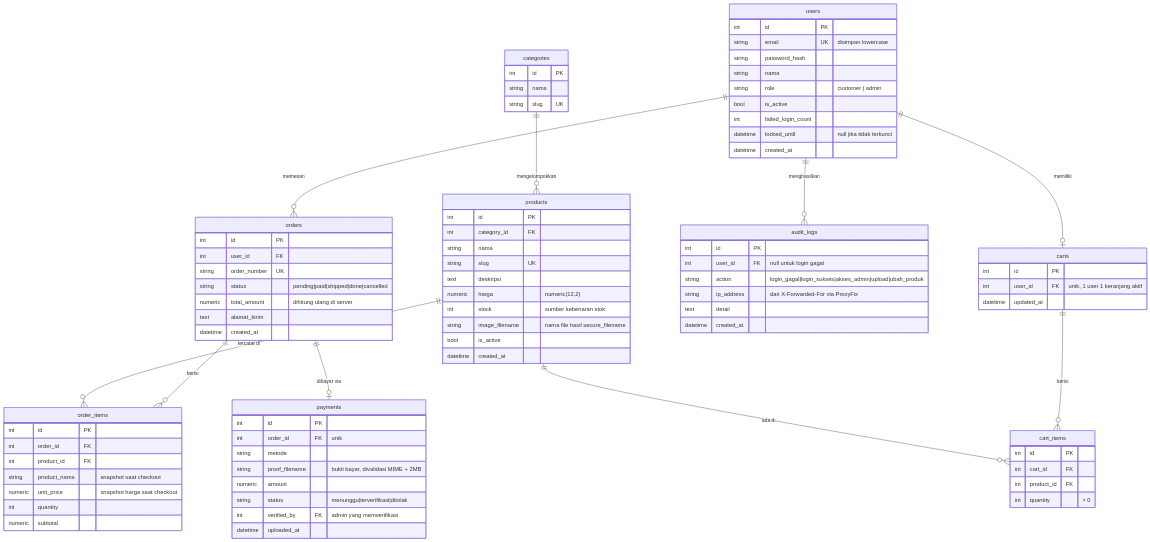
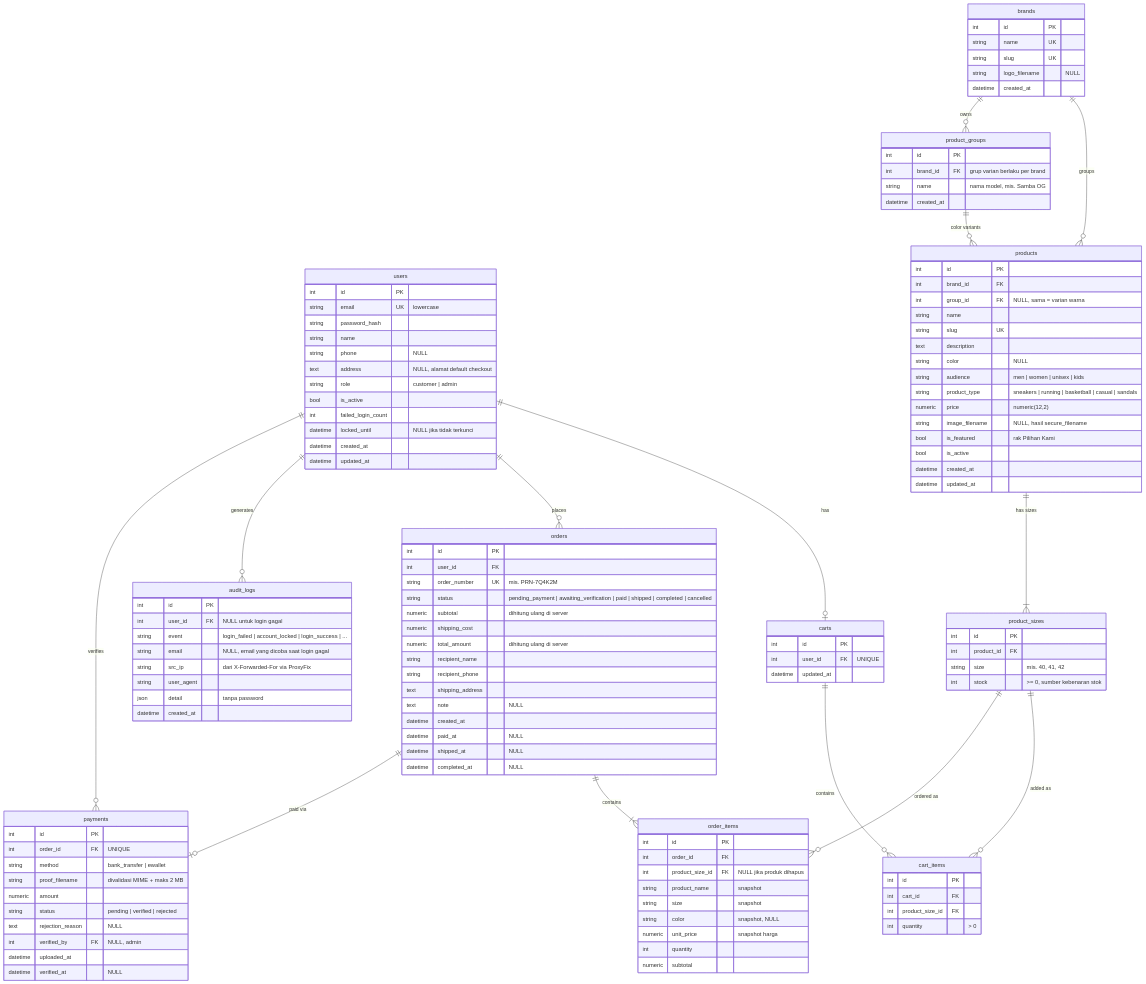
The diagram in docs/erd.md (well-architected-soc-16/soc16-ecommerce), drawn with Mermaid before and after one commit. The commit also changed other lines of this file and 42 other files, not shown here.

````diff
--- a/docs/erd.md
+++ b/docs/erd.md
@@ -10,96 +17,138 @@
 ```mermaid
 erDiagram
-    users ||--o{ orders : "memesan"
-    users ||--o| carts : "memiliki"
-    users ||--o{ audit_logs : "menghasilkan"
-    categories ||--o{ products : "mengelompokkan"
-    products ||--o{ cart_items : "ada di"
-    products ||--o{ order_items : "tercatat di"
-    carts ||--o{ cart_items : "berisi"
-    orders ||--o{ order_items : "berisi"
-    orders ||--o| payments : "dibayar via"
+    users ||--o| carts : "has"
+    users ||--o{ orders : "places"
+    users ||--o{ audit_logs : "generates"
+    users ||--o{ payments : "verifies"
+    brands ||--o{ products : "groups"
+    brands ||--o{ product_groups : "owns"
+    product_groups ||--o{ products : "color variants"
+    products ||--|{ product_sizes : "has sizes"
+    carts ||--o{ cart_items : "contains"
+    product_sizes ||--o{ cart_items : "added as"
+    orders ||--|{ order_items : "contains"
+    product_sizes ||--o{ order_items : "ordered as"
+    orders ||--o| payments : "paid via"
 
     users {
         int id PK
-        string email UK "disimpan lowercase"
+        string email UK "lowercase"
         string password_hash
-        string nama
+        string name
+        string phone "NULL"
+        text address "NULL, alamat default checkout"
         string role "customer | admin"
         bool is_active
         int failed_login_count
-        datetime locked_until "null jika tidak terkunci"
+        datetime locked_until "NULL jika tidak terkunci"
+        datetime created_at
+        datetime updated_at
+    }
+
+    brands {
+        int id PK
+        string name UK
+        string slug UK
+        string logo_filename "NULL"
         datetime created_at
     }
 
-    categories {
+    product_groups {
         int id PK
-        string nama
-        string slug UK
+        int brand_id FK "grup varian berlaku per brand"
+        string name "nama model, mis. Samba OG"
+        datetime created_at
     }
 
     products {
         int id PK
-        int category_id FK
-        string nama
+        int brand_id FK
+        int group_id FK "NULL, sama = varian warna"
+        string name
         string slug UK
-        text deskripsi
-        numeric harga "numeric(12,2)"
-        int stock "sumber kebenaran stok"
-        string image_filename "nama file hasil secure_filename"
+        text description
+        string color "NULL"
+        string audience "men | women | unisex | kids"
+        string product_type "sneakers | running | basketball | casual | sandals"
+        numeric price "numeric(12,2)"
+        string image_filename "NULL, hasil secure_filename"
+        bool is_featured "rak Pilihan Kami"
         bool is_active
         datetime created_at
+        datetime updated_at
+    }
+
+    product_sizes {
+        int id PK
+        int product_id FK
+        string size "mis. 40, 41, 42"
+        int stock ">= 0, sumber kebenaran stok"
     }
 
     carts {
         int id PK
-        int user_id FK "unik, 1 user 1 keranjang aktif"
+        int user_id FK "UNIQUE"
         datetime updated_at
     }
 
     cart_items {
         int id PK
         int cart_id FK
-        int product_id FK
+        int product_size_id FK
         int quantity "> 0"
     }
 
     orders {
         int id PK
         int user_id FK
-        string order_number UK
-        string status "pending|paid|shipped|done|cancelled"
+        string order_number UK "mis. PRN-7Q4K2M"
+        string status "pending_payment | awaiting_verification | paid | shipped | completed | cancelled"
+        numeric subtotal "dihitung ulang di server"
+        numeric shipping_cost
         numeric total_amount "dihitung ulang di server"
-        text alamat_kirim
+        string recipient_name
+        string recipient_phone
+        text shipping_address
+        text note "NULL"
         datetime created_at
+        datetime paid_at "NULL"
+        datetime shipped_at "NULL"
+        datetime completed_at "NULL"
     }
 
     order_items {
         int id PK
         int order_id FK
-        int product_id FK
-        string product_nama "snapshot saat checkout"
-        numeric unit_price "snapshot harga saat checkout"
+        int product_size_id FK "NULL jika produk dihapus"
+        string product_name "snapshot"
+        string size "snapshot"
+        string color "snapshot, NULL"
+        numeric unit_price "snapshot harga"
         int quantity
         numeric subtotal
     }
 
     payments {
         int id PK
-        int order_id FK "unik"
-        string metode
-        string proof_filename "bukti bayar, divalidasi MIME + 2MB"
+        int order_id FK "UNIQUE"
+        string method "bank_transfer | ewallet"
+        string proof_filename "divalidasi MIME + maks 2 MB"
         numeric amount
-        string status "menunggu|terverifikasi|ditolak"
-        int verified_by FK "admin yang memverifikasi"
+        string status "pending | verified | rejected"
+        text rejection_reason "NULL"
+        int verified_by FK "NULL, admin"
         datetime uploaded_at
+        datetime verified_at "NULL"
     }
 
     audit_logs {
         int id PK
-        int user_id FK "null untuk login gagal"
-        string action "login_gagal|login_sukses|akses_admin|upload|ubah_produk"
-        string ip_address "dari X-Forwarded-For via ProxyFix"
-        text detail
+        int user_id FK "NULL untuk login gagal"
+        string event "login_failed | account_locked | login_success | ..."
+        string email "NULL, email yang dicoba saat login gagal"
+        string src_ip "dari X-Forwarded-For via ProxyFix"
+        string user_agent
+        json detail "tanpa password"
         datetime created_at
     }
 ```
````
